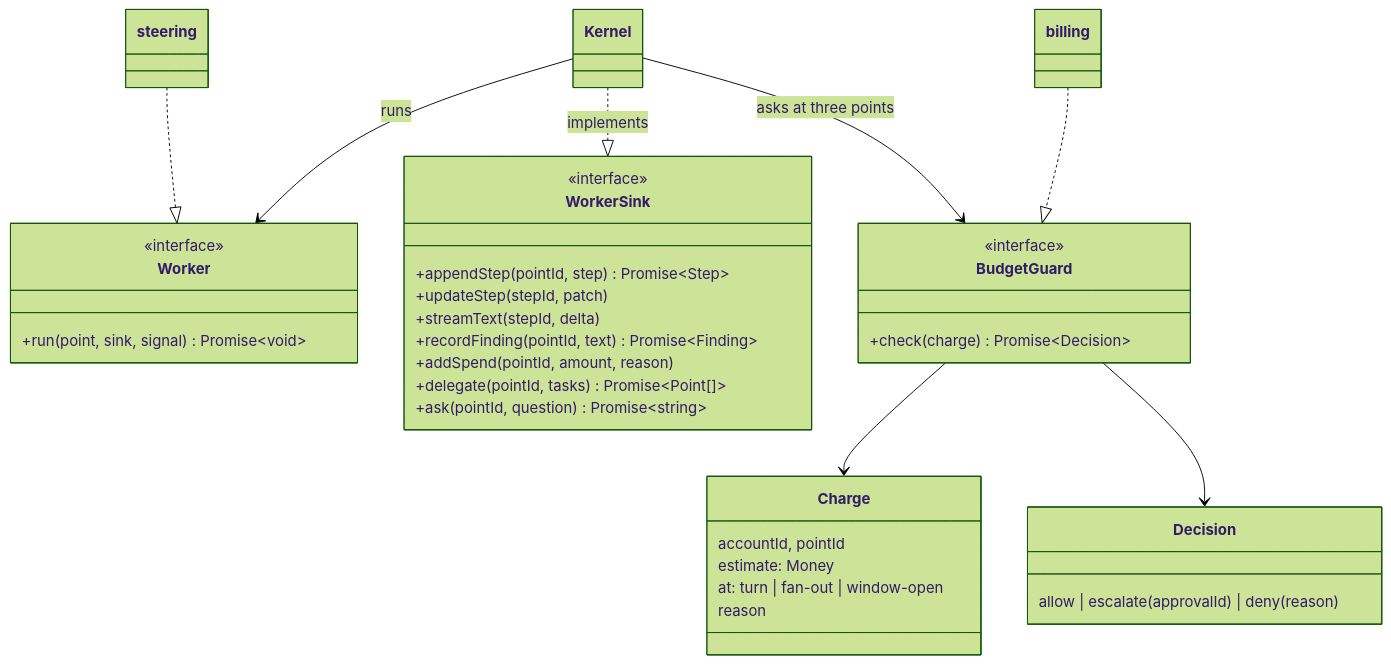
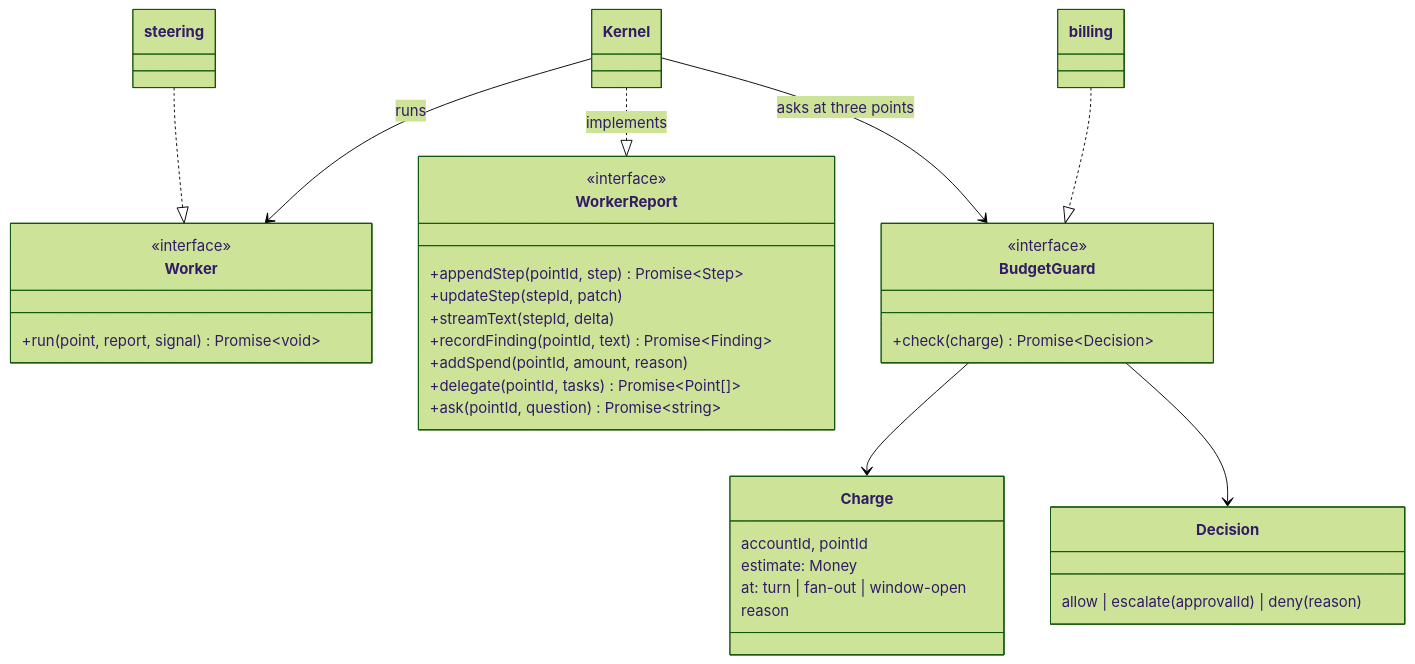
One commit to ziyangliu-666/lumen-next changed the seventh of 16 diagrams in docs/ARCHITECTURE.md. Above: the diagram before and after it, drawn with Mermaid (forest theme). The commit also changed other lines of this file and 17 other files, not shown here.

````diff
--- a/docs/ARCHITECTURE.md
+++ b/docs/ARCHITECTURE.md
@@ -316,37 +316,37 @@
 ```mermaid
 classDiagram
   class Worker {
     <<interface>>
-    +run(point, sink, signal) Promise~void~
+    +run(point, report, signal) Promise~void~
   }
-  class WorkerSink {
+  class WorkerReport {
     <<interface>>
     +appendStep(pointId, step) Promise~Step~
     +updateStep(stepId, patch)
     +streamText(stepId, delta)
     +recordFinding(pointId, text) Promise~Finding~
     +addSpend(pointId, amount, reason)
     +delegate(pointId, tasks) Promise~Point[]~
     +ask(pointId, question) Promise~string~
   }
   class BudgetGuard {
     <<interface>>
     +check(charge) Promise~Decision~
   }
   class Charge {
     accountId, pointId
     estimate: Money
     at: turn | fan-out | window-open
     reason
   }
   class Decision {
     allow | escalate(approvalId) | deny(reason)
   }
   Kernel --> Worker : runs
-  Kernel ..|> WorkerSink : implements
+  Kernel ..|> WorkerReport : implements
   Kernel --> BudgetGuard : asks at three points
   steering ..|> Worker
   billing ..|> BudgetGuard
   BudgetGuard --> Charge
   BudgetGuard --> Decision
 ```
````
